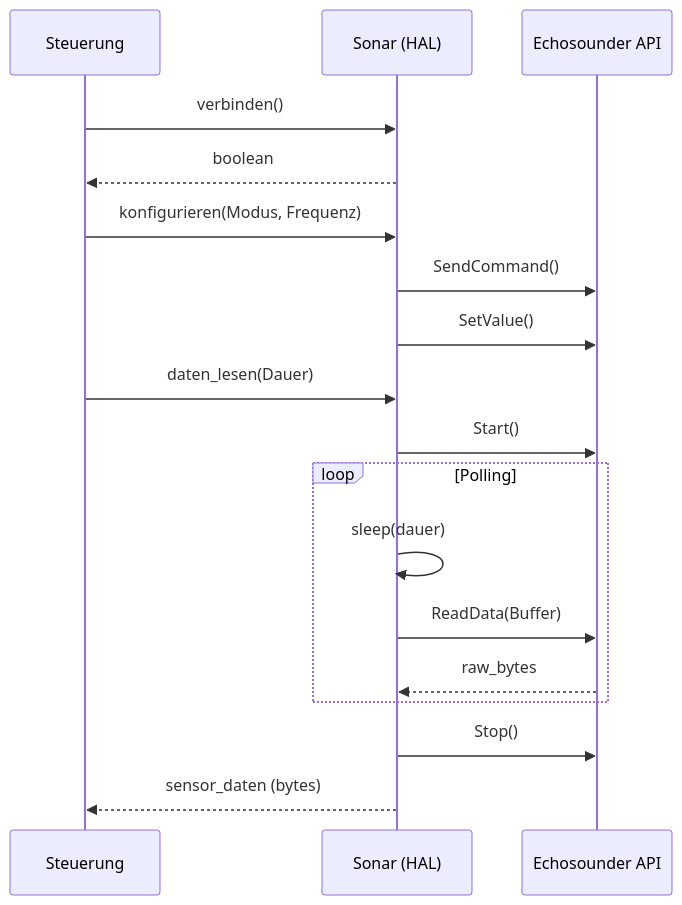
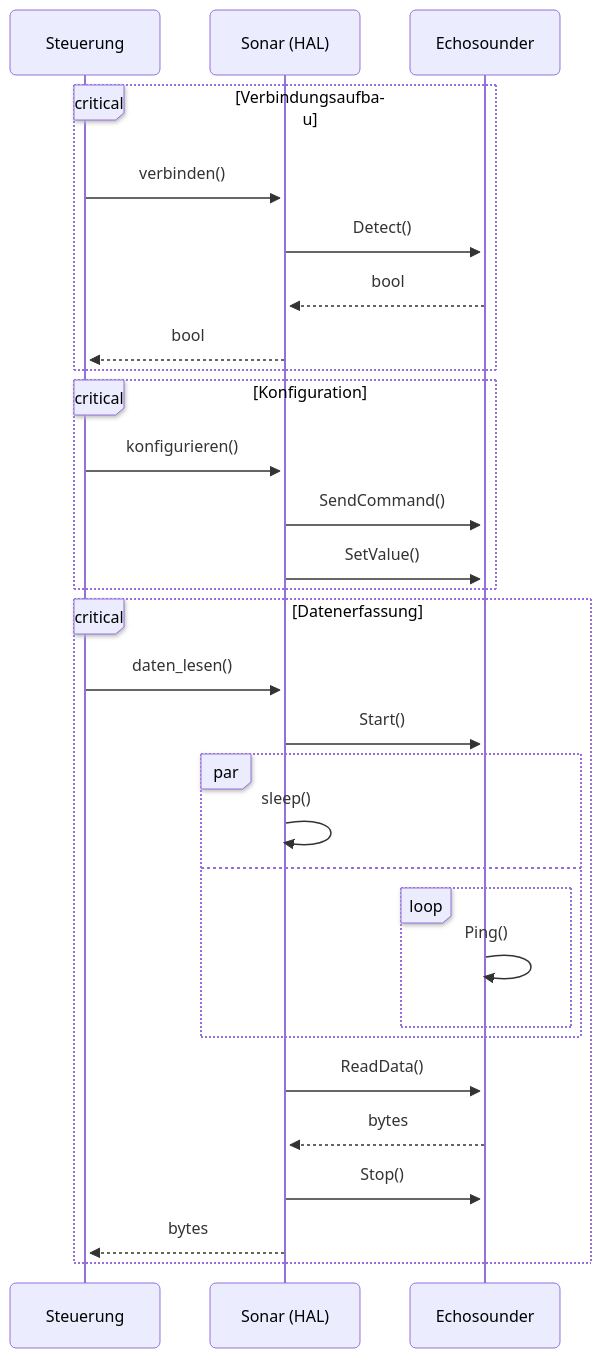
Before and after one commit to Ssaammyy36/sonar_mpa: the diagram in uml/sonar_communication.md, drawn with Mermaid. The commit also changed 1 other file, not shown here.

Commit message:
sonar communication

````diff
--- a/uml/sonar_communication.md
+++ b/uml/sonar_communication.md
@@ -1,29 +1,40 @@
 ```mermaid
 ---
 config:
   theme: mc
+  look: neo
 ---
 sequenceDiagram
     participant Ctrl as Steuerung
     participant Sonar as Sonar (HAL)
-    participant Device as Echosounder API
+    participant Device as Echosounder
 
-    %% 1. Konfiguration
+    critical Verbindungsaufbau
     Ctrl->>Sonar: verbinden()
-    Sonar-->>Ctrl: boolean
-    Ctrl->>Sonar: konfigurieren(Modus, Frequenz)
+    Sonar->>Device: Detect()
+    Device-->>Sonar: bool
+    Sonar-->>Ctrl: bool
+    end
+
+    critical Konfiguration
+    Ctrl->>Sonar: konfigurieren()
     Sonar->>Device: SendCommand()
-    %% 2. Datenerfassung
     Sonar->>Device: SetValue()
-    Ctrl->>Sonar: daten_lesen(Dauer)
+    end
+
+    critical Datenerfassung
+    Ctrl->>Sonar: daten_lesen()
     Sonar->>Device: Start()
-    loop Polling
-      Sonar->>Sonar: sleep(dauer)
-      Sonar->>Device: ReadData(Buffer)
-        Device-->>Sonar: raw_bytes
+    par 
+        Sonar->>Sonar: sleep()
+    and 
+        loop 
+            Device->>Device: Ping()
+        end
     end
+    Sonar->>Device: ReadData()
+    Device-->>Sonar: bytes
     Sonar->>Device: Stop()
-    Sonar-->>Ctrl: sensor_daten (bytes)
-
-    %% 3. Verarbeitung
+    Sonar-->>Ctrl: bytes
+    end
 ```
````
